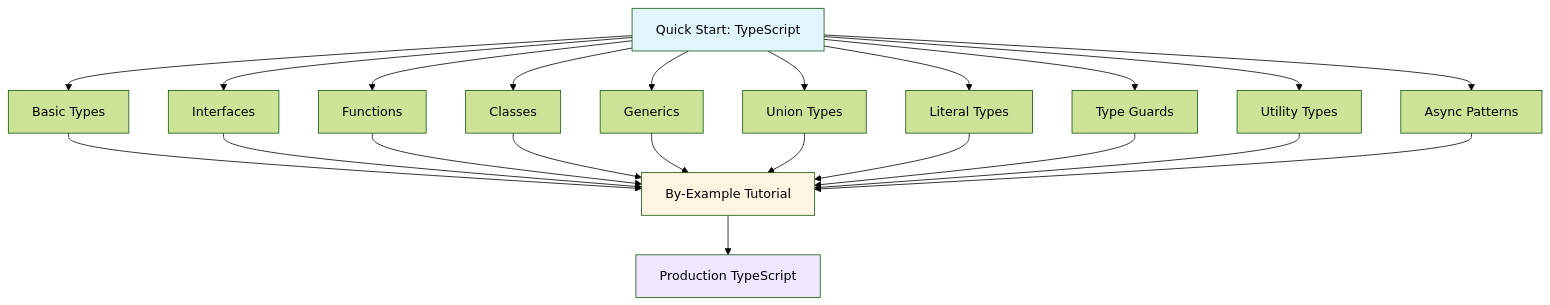
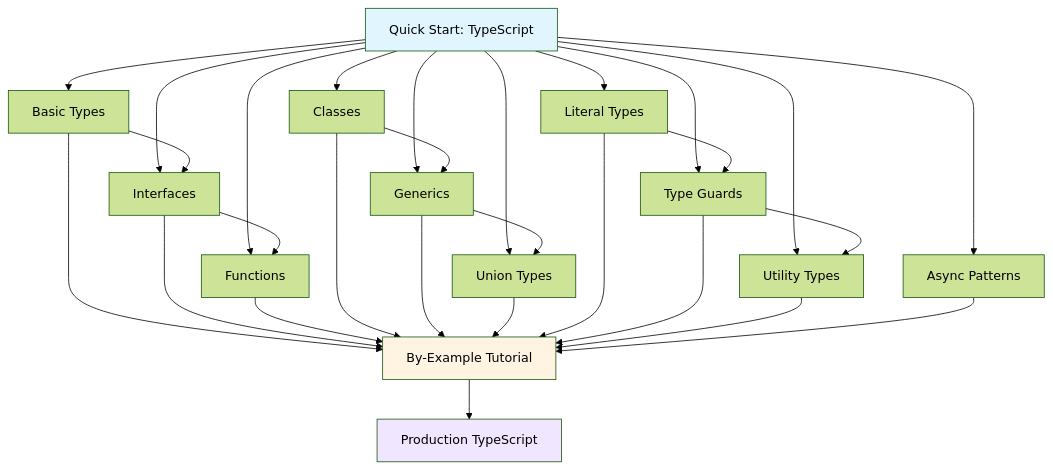
One commit to wahidyankf/baseerah changed the diagram in apps/ayokoding-www/content/en/learn/software-engineering/programming-languages/typescript/quick-start.md. Above: the diagram before and after it, drawn with Mermaid (forest theme). The commit also changed 88 other files, not shown here.

First line of the commit message:
fix(ayokoding-www): resolve pre-existing Mermaid violations, exclude fixtures/plans-done

````diff
--- a/apps/ayokoding-www/content/en/learn/software-engineering/programming-languages/typescript/quick-start.md
+++ b/apps/ayokoding-www/content/en/learn/software-engineering/programming-languages/typescript/quick-start.md
@@ -38,30 +38,37 @@
 ```mermaid
 graph TD
     A[Quick Start: TypeScript] --> B[Basic Types]
     A --> C[Interfaces]
     A --> D[Functions]
     A --> E[Classes]
     A --> F[Generics]
     A --> G[Union Types]
     A --> H[Literal Types]
     A --> I[Type Guards]
     A --> J[Utility Types]
     A --> K[Async Patterns]
+
+    B --> C
+    C --> D
+    E --> F
+    F --> G
+    H --> I
+    I --> J
 
     B --> L[By-Example Tutorial]
     C --> L
     D --> L
     E --> L
     F --> L
     G --> L
     H --> L
     I --> L
     J --> L
     K --> L
 
     L --> M[Production TypeScript]
 
     style A fill:#e1f5ff
     style L fill:#fff4e1
     style M fill:#f0e6ff
 ```
````
